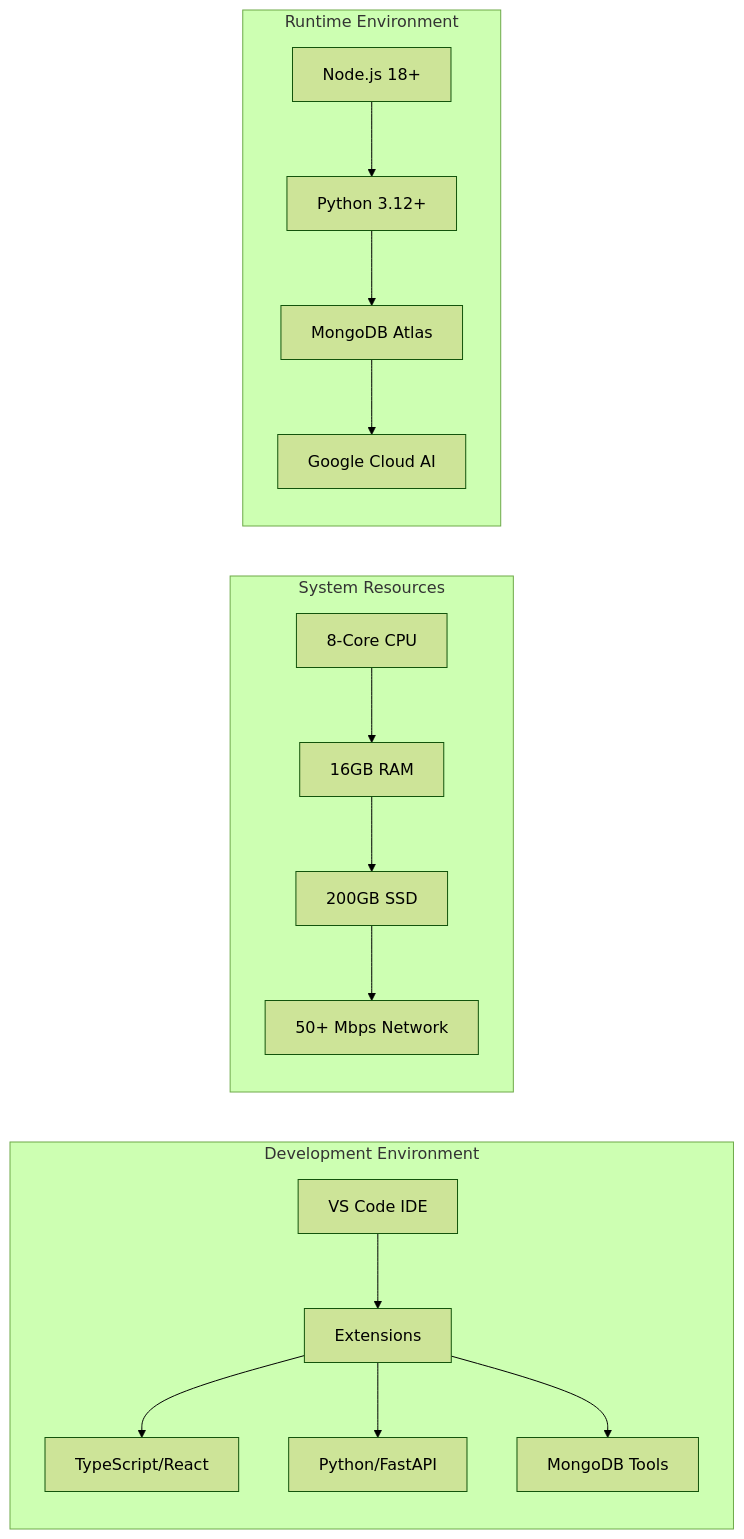
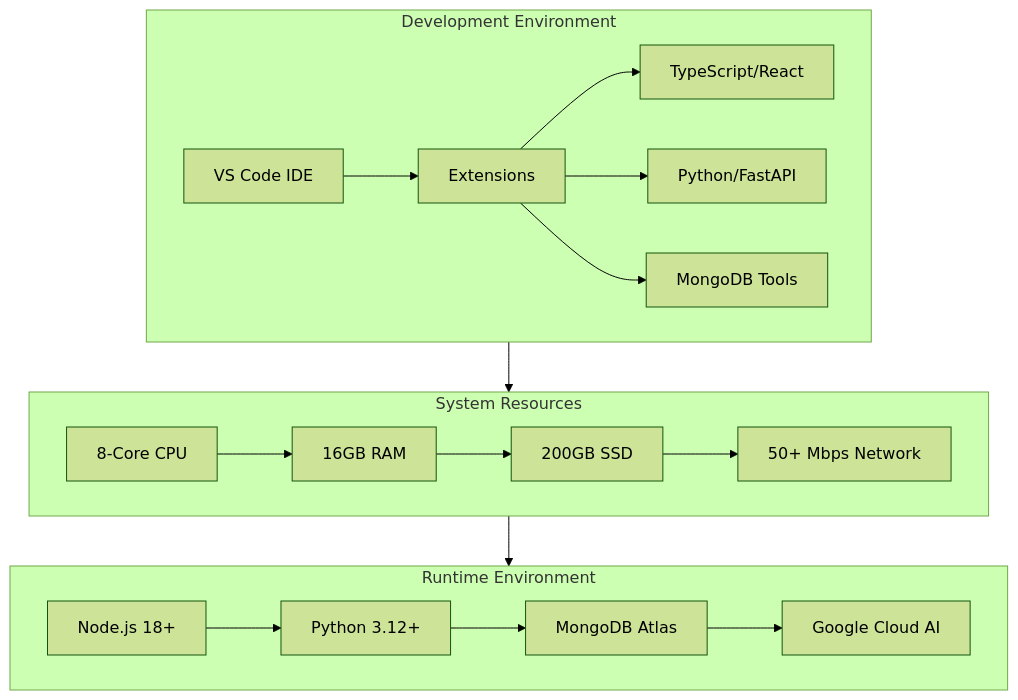
One commit to barada02/AgentSwot changed the second of 10 diagrams in Project Report/chpter3.md. Above: the diagram before and after it, drawn with Mermaid (forest theme). The commit also changed other lines of this file and 3 other files, not shown here.

````diff
--- a/Project Report/chpter3.md
+++ b/Project Report/chpter3.md
@@ -95,21 +96,27 @@
 ```mermaid
-graph LR
-    subgraph "Development Environment"
-        A[VS Code IDE] --> B[Extensions]
+flowchart TD
+    subgraph DE["Development Environment"]
+        A[VS Code IDE]
+        A --> B[Extensions]
         B --> B1[TypeScript/React]
         B --> B2[Python/FastAPI]
         B --> B3[MongoDB Tools]
     end
     
-    subgraph "System Resources"
-        C[8-Core CPU] --> D[16GB RAM]
+    subgraph SR["System Resources"]
+        C[8-Core CPU]
+        C --> D[16GB RAM]
         D --> E[200GB SSD]
         E --> F[50+ Mbps Network]
     end
     
-    subgraph "Runtime Environment"
-        G[Node.js 18+] --> H[Python 3.12+]
+    subgraph RE["Runtime Environment"]
+        G[Node.js 18+]
+        G --> H[Python 3.12+]
         H --> I[MongoDB Atlas]
         I --> J[Google Cloud AI]
     end
+    
+    DE --> SR
+    SR --> RE
 ```
````
